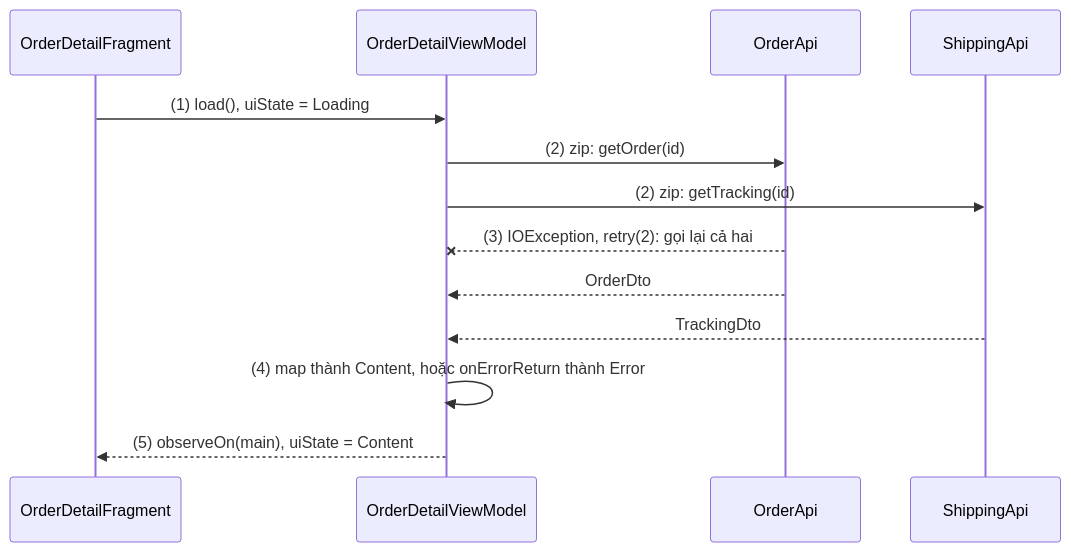
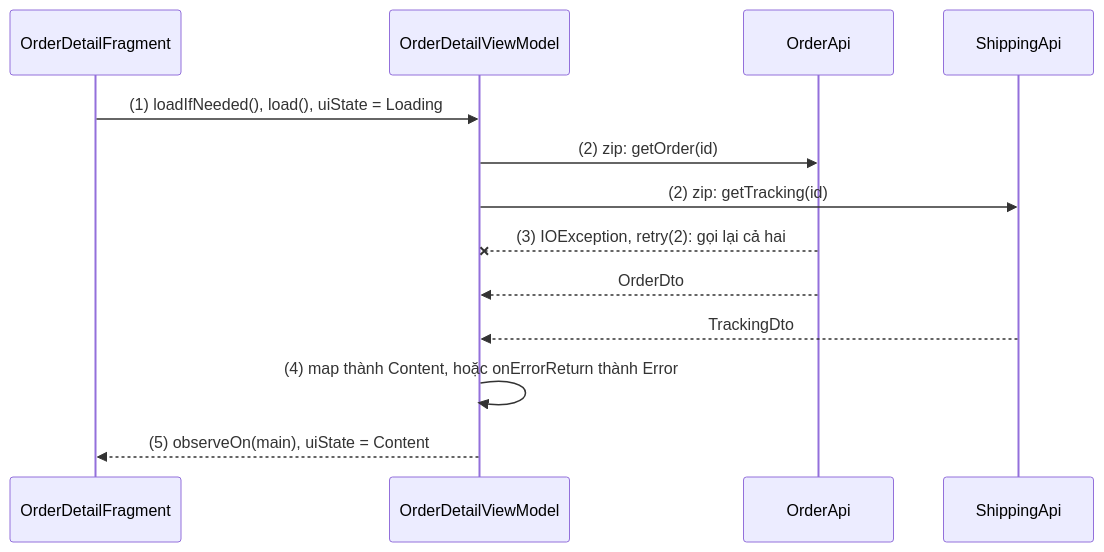
One commit to h1eu/knowledge changed the sixth of 6 diagrams in knowledge/android/docs/session_07/design_pattern/observer/rxjava.md. Above: the diagram before and after it, drawn with Mermaid. The commit also changed other lines of this file and 19 other files, not shown here.

````diff
--- a/knowledge/android/docs/session_07/design_pattern/observer/rxjava.md
+++ b/knowledge/android/docs/session_07/design_pattern/observer/rxjava.md
@@ -492,15 +497,15 @@
 ```mermaid
 sequenceDiagram
     participant F as OrderDetailFragment
     participant VM as OrderDetailViewModel
     participant O as OrderApi
     participant S as ShippingApi
-    F->>VM: (1) load(), uiState = Loading
+    F->>VM: (1) loadIfNeeded(), load(), uiState = Loading
     VM->>O: (2) zip: getOrder(id)
     VM->>S: (2) zip: getTracking(id)
     O--xVM: (3) IOException, retry(2): gọi lại cả hai
     O-->>VM: OrderDto
     S-->>VM: TrackingDto
     VM->>VM: (4) map thành Content, hoặc onErrorReturn thành Error
     VM-->>F: (5) observeOn(main), uiState = Content
 ```
````
